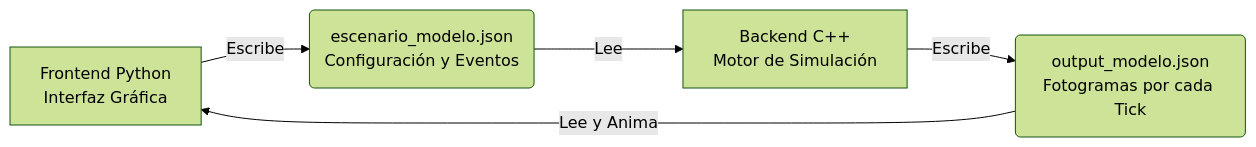
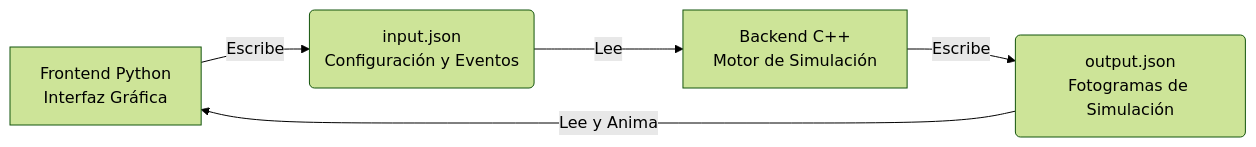
One commit to TomJordan1/Proy_SO_2026_1 changed the diagram in docs/Flujo_Global_Ejecucion.md. Above: the diagram before and after it, drawn with Mermaid (forest theme). The commit also changed other lines of this file and 3 other files, not shown here.

Commit message:
Update docs to match latest UI architecture and simplify language

````diff
--- a/docs/Flujo_Global_Ejecucion.md
+++ b/docs/Flujo_Global_Ejecucion.md
@@ -9,7 +9,7 @@
 ```mermaid
 graph LR
-    A[Frontend Python<br/>Interfaz Gráfica] -- Escribe --> B(escenario_modelo.json<br/>Configuración y Eventos)
+    A[Frontend Python<br/>Interfaz Gráfica] -- Escribe --> B(input.json<br/>Configuración y Eventos)
     B -- Lee --> C[Backend C++<br/>Motor de Simulación]
-    C -- Escribe --> D(output_modelo.json<br/>Fotogramas por cada Tick)
+    C -- Escribe --> D(output.json<br/>Fotogramas de Simulación)
     D -- Lee y Anima --> A
 ```
````
